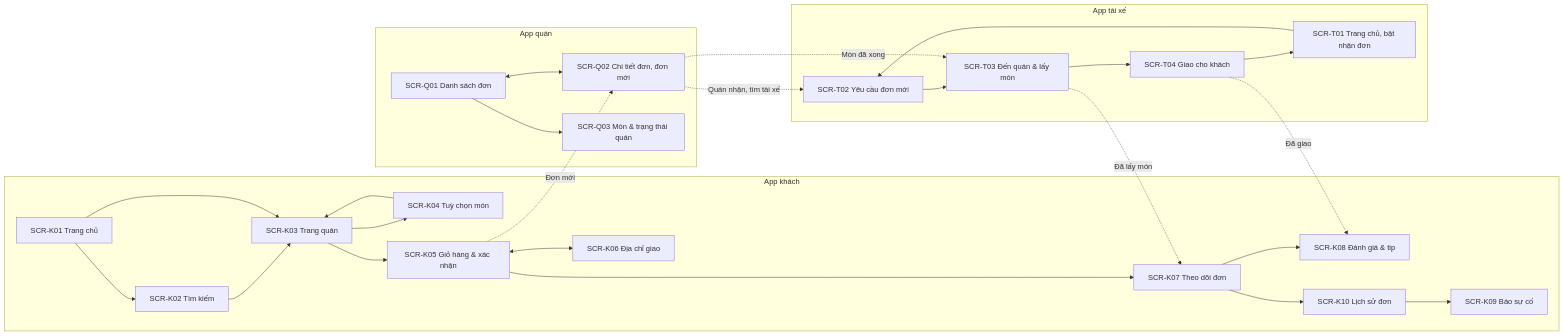
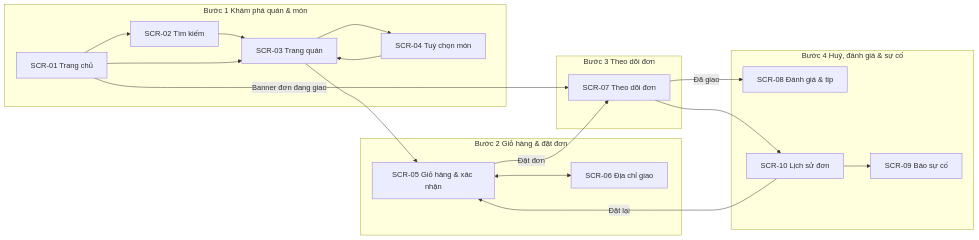
The second of 2 diagrams in README.md (uxfoundation-vn/de06-dat-ship-do-an), drawn with Mermaid before and after one commit. The commit also changed other lines of this file and 2 other files, not shown here.

First line of the commit message:
Đề 6: chỉ giữ luồng của khách

````diff
--- a/README.md
+++ b/README.md
@@ -47,40 +44,30 @@
 ```mermaid
 flowchart LR
-  subgraph KH["App khách"]
-    K01["SCR-K01 Trang chủ"]
-    K02["SCR-K02 Tìm kiếm"]
-    K03["SCR-K03 Trang quán"]
-    K04["SCR-K04 Tuỳ chọn món"]
-    K05["SCR-K05 Giỏ hàng & xác nhận"]
-    K06["SCR-K06 Địa chỉ giao"]
-    K07["SCR-K07 Theo dõi đơn"]
-    K08["SCR-K08 Đánh giá & tip"]
-    K09["SCR-K09 Báo sự cố"]
-    K10["SCR-K10 Lịch sử đơn"]
+  subgraph L1["Bước 1 Khám phá quán & món"]
+    K01["SCR-01 Trang chủ"]
+    K02["SCR-02 Tìm kiếm"]
+    K03["SCR-03 Trang quán"]
+    K04["SCR-04 Tuỳ chọn món"]
   end
-  subgraph QA["App quán"]
-    Q01["SCR-Q01 Danh sách đơn"]
-    Q02["SCR-Q02 Chi tiết đơn, đơn mới"]
-    Q03["SCR-Q03 Món & trạng thái quán"]
+  subgraph L2["Bước 2 Giỏ hàng & đặt đơn"]
+    K05["SCR-05 Giỏ hàng & xác nhận"]
+    K06["SCR-06 Địa chỉ giao"]
   end
-  subgraph TX["App tài xế"]
-    T01["SCR-T01 Trang chủ, bật nhận đơn"]
-    T02["SCR-T02 Yêu cầu đơn mới"]
-    T03["SCR-T03 Đến quán & lấy món"]
-    T04["SCR-T04 Giao cho khách"]
+  subgraph L3["Bước 3 Theo dõi đơn"]
+    K07["SCR-07 Theo dõi đơn"]
+  end
+  subgraph L4["Bước 4 Huỷ, đánh giá & sự cố"]
+    K08["SCR-08 Đánh giá & tip"]
+    K09["SCR-09 Báo sự cố"]
+    K10["SCR-10 Lịch sử đơn"]
   end
   K01 --> K02 --> K03
   K01 --> K03 --> K04 --> K03
   K03 --> K05 <--> K06
-  K05 --> K07 --> K08
+  K05 -->|Đặt đơn| K07
+  K01 -->|Banner đơn đang giao| K07
+  K07 -->|Đã giao| K08
+  K07 --> K10
   K10 --> K09
-  K07 --> K10
-  Q01 <--> Q02
-  Q01 --> Q03
-  T01 --> T02 --> T03 --> T04 --> T01
-  K05 -.->|Đơn mới| Q02
-  Q02 -.->|Quán nhận, tìm tài xế| T02
-  Q02 -.->|Món đã xong| T03
-  T03 -.->|Đã lấy món| K07
-  T04 -.->|Đã giao| K08
+  K10 -->|Đặt lại| K05
 ```
````
